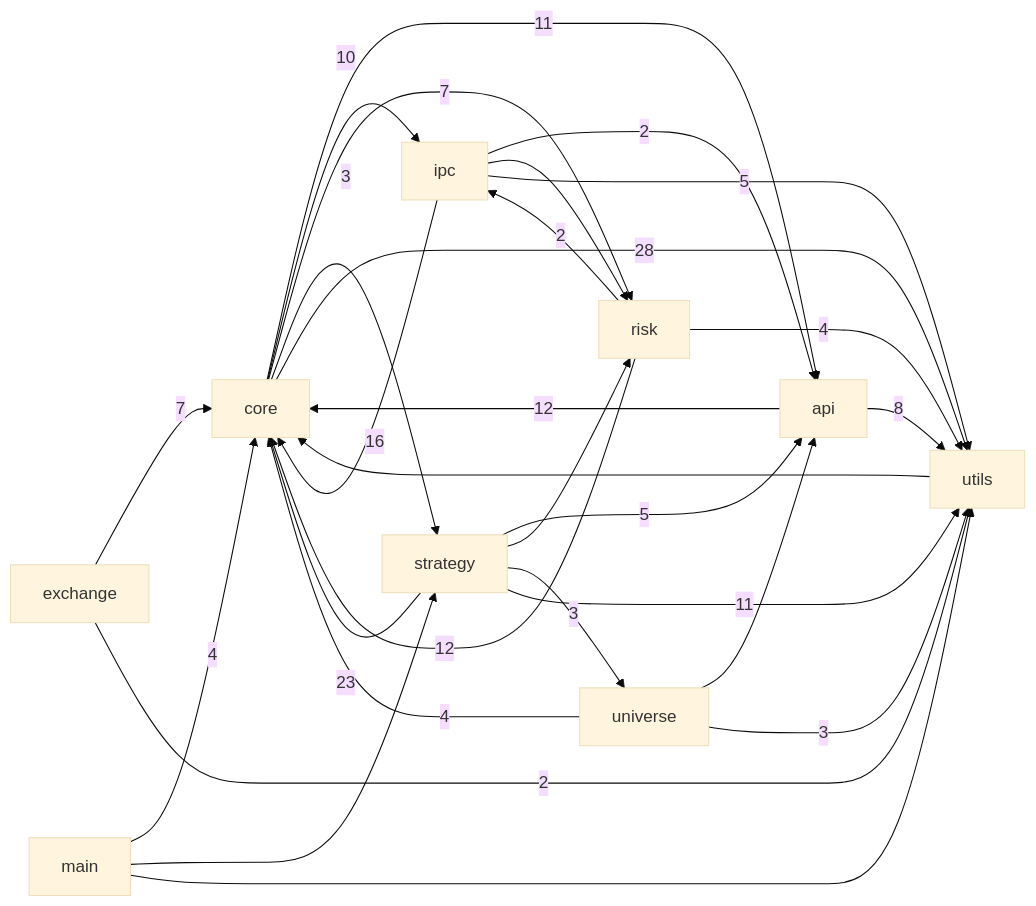
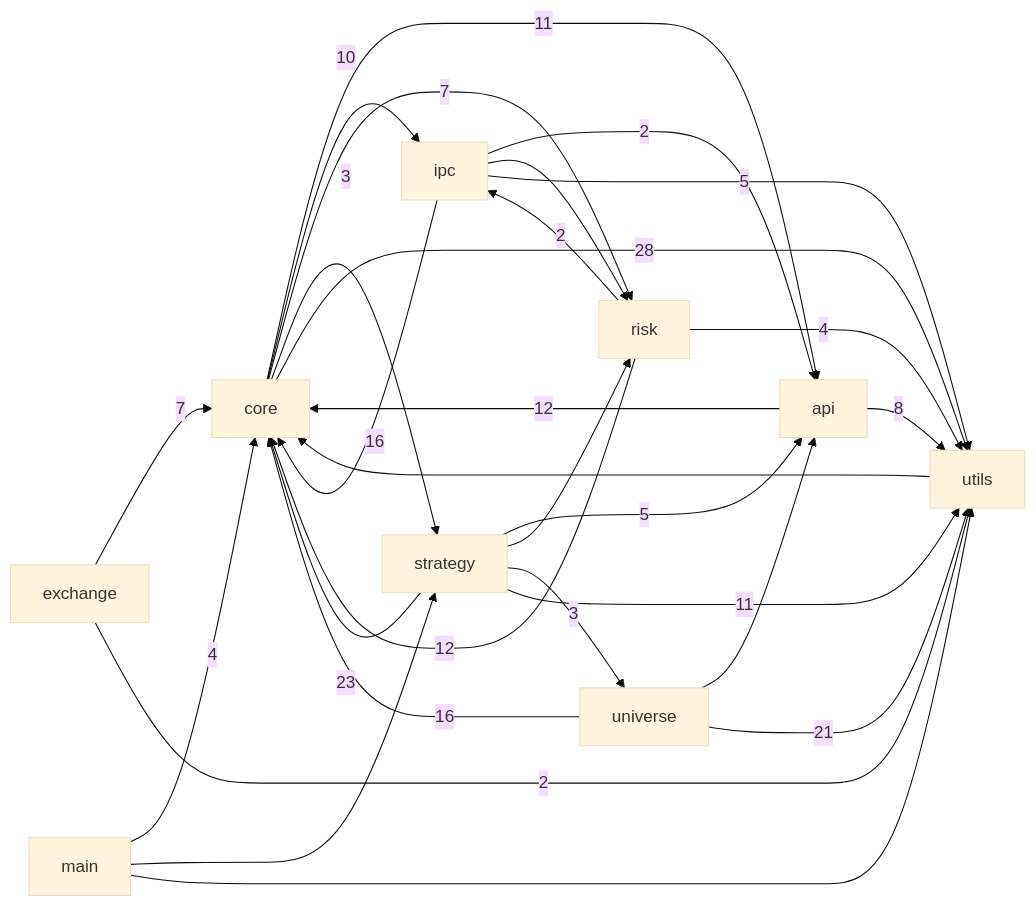
One commit to pypy8171/Quant changed the first of 3 diagrams in docs/CODE_GRAPH.md. Above: the diagram before and after it, drawn with Mermaid (base theme). The commit also changed other lines of this file and 15 other files, not shown here.

````diff
--- a/docs/CODE_GRAPH.md
+++ b/docs/CODE_GRAPH.md
@@ -10,40 +10,40 @@
 ```mermaid
 graph LR
   main[main]
   core[core]
   strategy[strategy]
   api[api]
   universe[universe]
   risk[risk]
   ipc[ipc]
   utils[utils]
   exchange[exchange]
   api -->|12| core
   api -->|8| utils
   core -->|11| api
   core -->|10| ipc
   core -->|7| risk
   core -->|3| strategy
   core -->|28| utils
   exchange -->|7| core
   exchange -->|2| utils
   ipc -->|2| api
   ipc -->|16| core
   ipc --> risk
   ipc -->|5| utils
   main -->|4| core
   main --> strategy
   main --> utils
   risk -->|12| core
   risk -->|2| ipc
   risk -->|4| utils
   strategy -->|5| api
   strategy -->|23| core
   strategy --> risk
   strategy -->|3| universe
   strategy -->|11| utils
   universe --> api
-  universe -->|4| core
-  universe -->|3| utils
+  universe -->|16| core
+  universe -->|21| utils
   utils --> core
 ```
````
